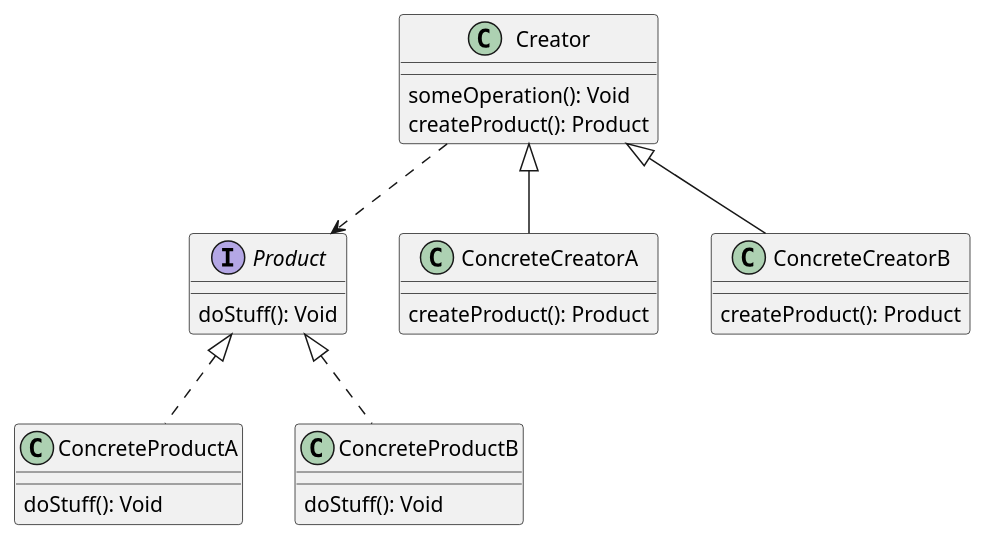
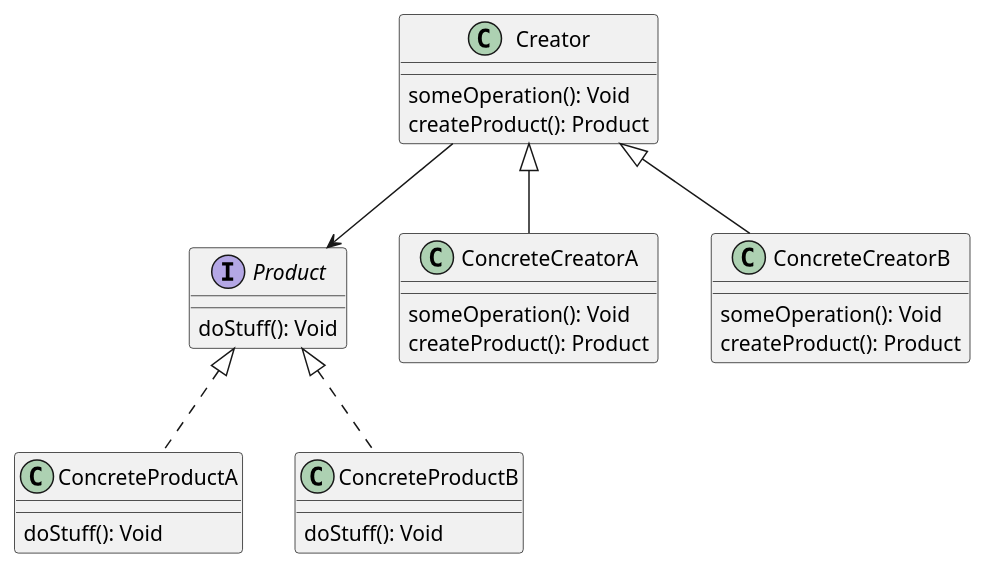
The diagram in diagrams/factory-method-pattern.iuml (zuriel-diaz/design-patterns), drawn with PlantUML before and after one commit.

Commit message:
Components updated.

```diff
--- a/diagrams/factory-method-pattern.iuml
+++ b/diagrams/factory-method-pattern.iuml
@@ -1,33 +1,35 @@
 @startuml
 Product <|.. ConcreteProductA
 Product <|.. ConcreteProductB
-Creator ..> Product
+Creator --> Product
 Creator <|-- ConcreteCreatorA
 Creator <|-- ConcreteCreatorB
 
 interface Product {
   doStuff(): Void
 }
 
 class Creator {
   someOperation(): Void
   createProduct(): Product
 }
 
 class ConcreteCreatorA {
+  someOperation(): Void
   createProduct(): Product
 }
 
 class ConcreteCreatorB {
+  someOperation(): Void
   createProduct(): Product
 }
 
 class ConcreteProductA {
   doStuff(): Void
 }
 
 class ConcreteProductB {
   doStuff(): Void
 }
 
 @enduml
```
